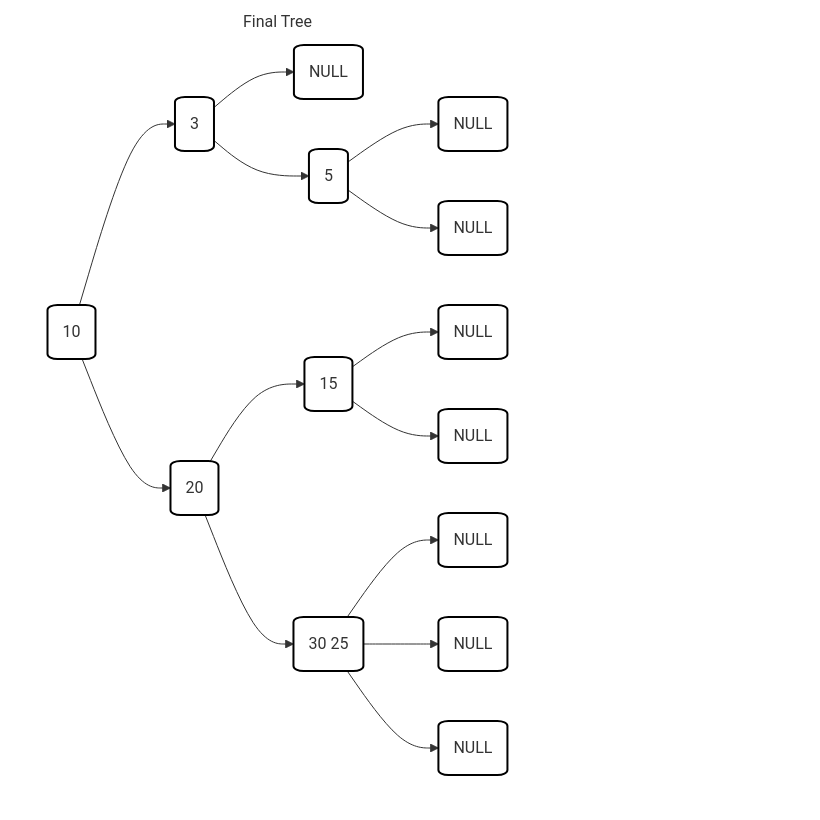
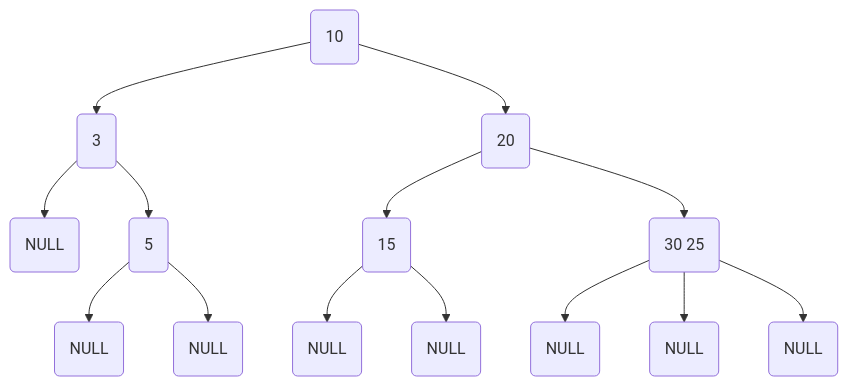
The second of 2 diagrams in docs/apostila/ÁrvoreRedBlack.md (west7/EDA2), drawn with Mermaid before and after one commit. The commit also changed other lines of this file and 15 other files, not shown here.

````diff
--- a/docs/apostila/ÁrvoreRedBlack.md
+++ b/docs/apostila/ÁrvoreRedBlack.md
@@ -266,20 +265,14 @@
 ```mermaid
-flowchart TD;
-    subgraph I7[Final Tree]
-        a7(10) --> b7(3)
-        a7(10) --> c7(20)
-        b7(3) --> z7(NULL) & e7(5)
-        e7(5) --> y7(NULL) & x7(NULL)
-        c7(20) --> f7(15)
-        c7(20) --> g7(30 25)
-        f7 --> w7(NULL) & u7(NULL)
-        g7(30 25) --> h7(NULL)
-        g7(30 25) --> i7(NULL)
-        g7(30 25) --> j7(NULL)
-    end
-
-    classDef myNodeStyle fill:#FFF,stroke-width:2px,stroke:#000, rx: 10px, ry 10px;
-    class a7,b7,c7,z7,e7,y7,x7,g7,f7,i7,h7,j7,w7,u7 myNodeStyle;
-
-    style I7 fill: #FFF, stroke: #FFF, stroke-width: 1px, width: 800px;
+graph TD;
+    a7((10)) --> b7(3)
+    a7(10) --> c7(20)
+    b7(3) --> z7(NULL) & e7(5)
+    e7(5) --> y7(NULL) & x7(NULL)
+    c7(20) --> f7(15)
+    c7(20) --> g7(30 25)
+    f7 --> w7(NULL) & u7(NULL)
+    g7(30 25) --> h7(NULL)
+    g7(30 25) --> i7(NULL)
+    g7(30 25) --> j7(NULL)
+    
 ```
````
